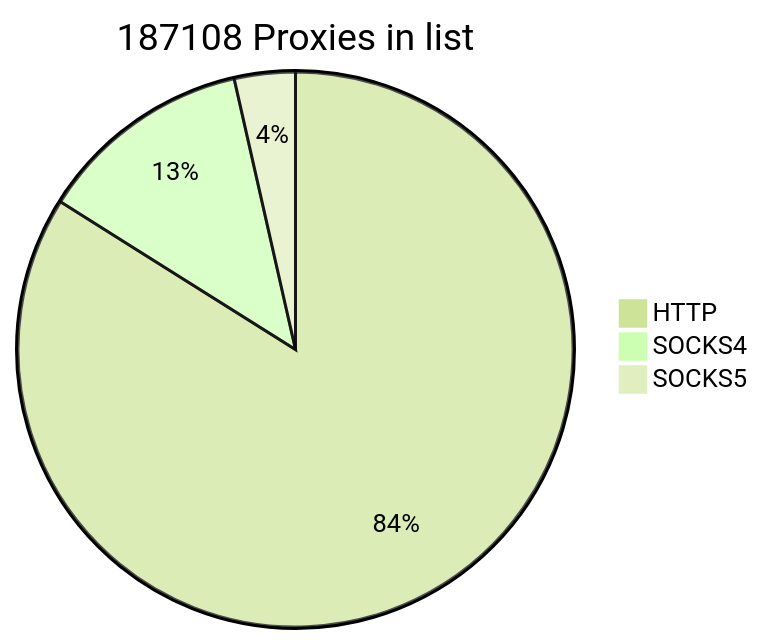
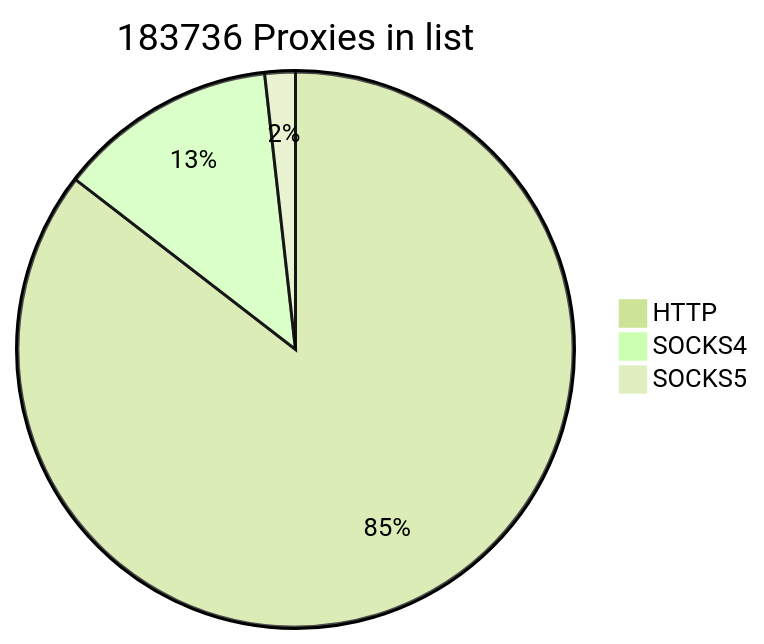
One commit to cutipu/proxylist changed the first of 2 diagrams in README.md. Above: the diagram before and after it, drawn with Mermaid (forest theme). The commit also changed other lines of this file, not shown here.

````diff
--- a/README.md
+++ b/README.md
@@ -2,7 +2,7 @@
 ```mermaid
-pie title 187108 Proxies in list
+pie title 183736 Proxies in list
     "HTTP" : 157040
     "SOCKS4" : 23433
-    "SOCKS5" : 6635
+    "SOCKS5" : 3263
             
 ```
````
